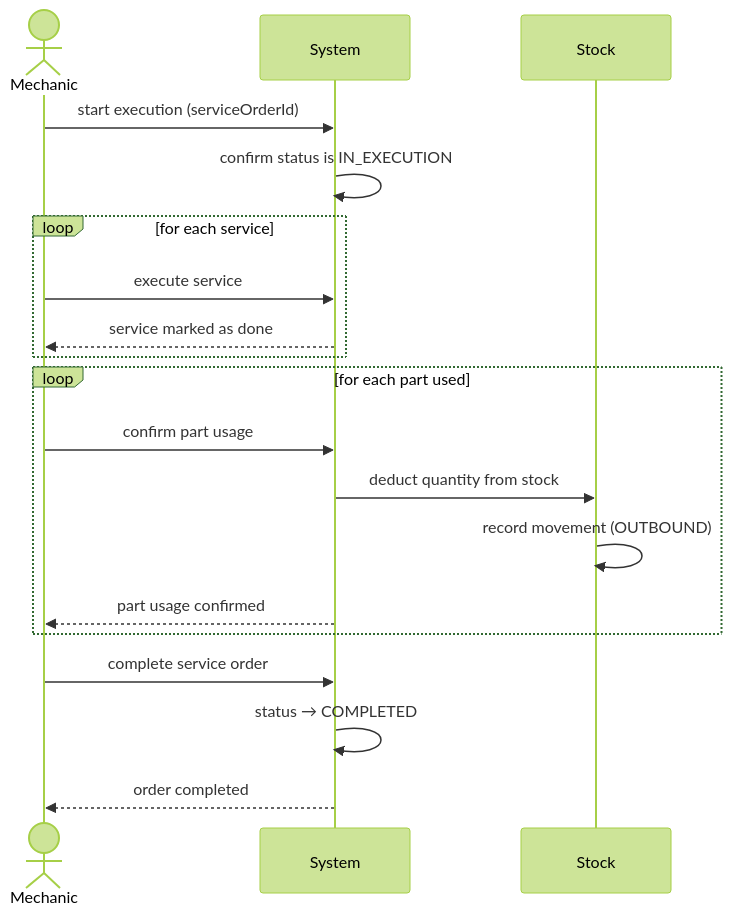
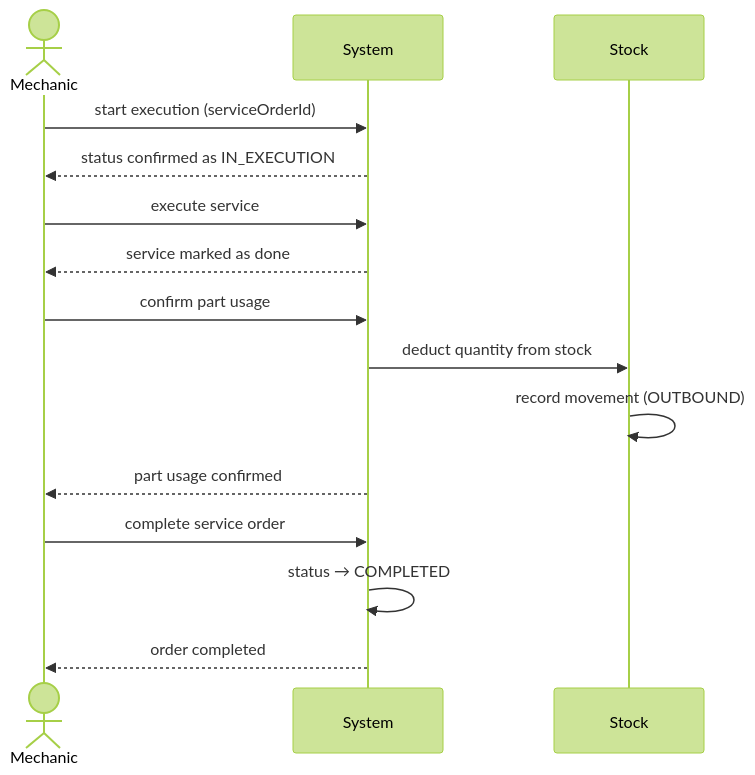
One commit to rnataoliveira/mechanics-software changed diagram 12 of 16 in docs/domain/domain-storytelling.md. Above: the diagram before and after it, drawn with Mermaid (forest theme). The commit also changed other lines of this file, not shown here.

````diff
--- a/docs/domain/domain-storytelling.md
+++ b/docs/domain/domain-storytelling.md
@@ -249,25 +411,21 @@
 ```mermaid
 sequenceDiagram
     actor Mechanic
     participant System
     participant Stock
 
     Mechanic->>System: start execution (serviceOrderId)
-    System->>System: confirm status is IN_EXECUTION
+    System-->>Mechanic: status confirmed as IN_EXECUTION
 
-    loop for each service
-        Mechanic->>System: execute service
-        System-->>Mechanic: service marked as done
-    end
+    Mechanic->>System: execute service
+    System-->>Mechanic: service marked as done
 
-    loop for each part used
-        Mechanic->>System: confirm part usage
-        System->>Stock: deduct quantity from stock
-        Stock->>Stock: record movement (OUTBOUND)
-        System-->>Mechanic: part usage confirmed
-    end
+    Mechanic->>System: confirm part usage
+    System->>Stock: deduct quantity from stock
+    Stock->>Stock: record movement (OUTBOUND)
+    System-->>Mechanic: part usage confirmed
 
     Mechanic->>System: complete service order
     System->>System: status → COMPLETED
     System-->>Mechanic: order completed
 ```
````
